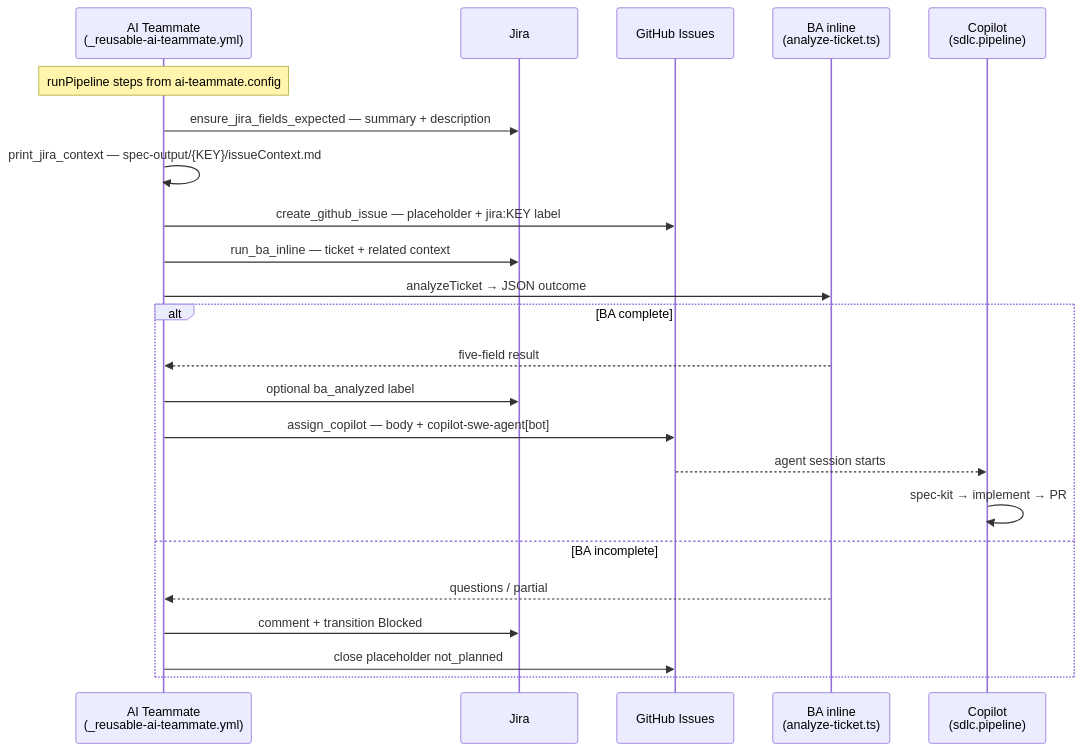
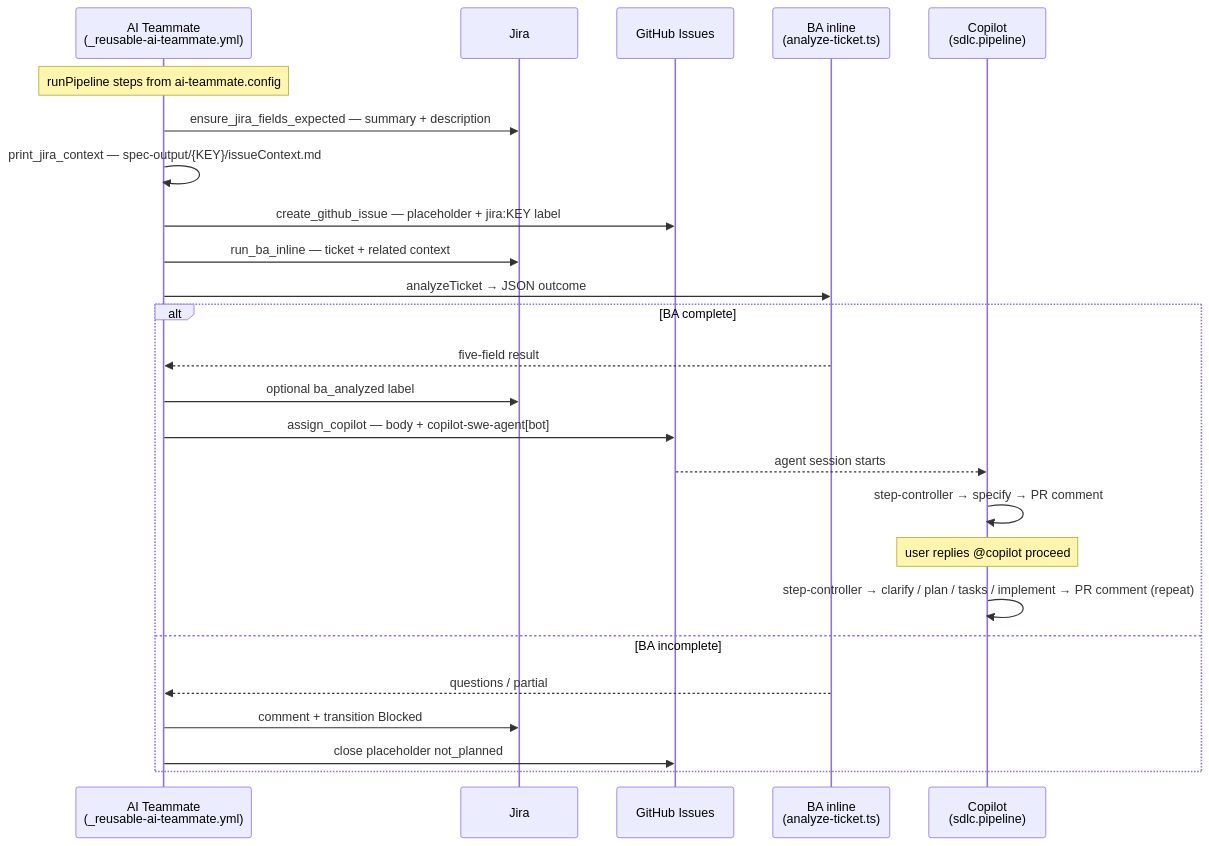
One commit to DmitryLukyanov/SDLCAgents changed the first of 3 diagrams in README.md. Above: the diagram before and after it, drawn with Mermaid. The commit also changed other lines of this file and 1 other file, not shown here.

Commit message:
Update onboarding and README for step-by-step speckit flow
Add speckit.step-controller.agent.md (plus clarify and tasks) to the
onboarding verification checks. Mark human-in-the-loop as done in
README and update mermaid diagrams to reflect the new @copilot proceed
driven pipeline.

````diff
--- a/README.md
+++ b/README.md
@@ -71,27 +71,29 @@
 ```mermaid
 sequenceDiagram
     participant AT as AI Teammate<br/>(_reusable-ai-teammate.yml)
     participant J as Jira
     participant GH as GitHub Issues
     participant LLM as BA inline<br/>(analyze-ticket.ts)
     participant COP as Copilot<br/>(sdlc.pipeline)
 
     Note over AT: runPipeline steps from ai-teammate.config
 
     AT->>J: ensure_jira_fields_expected — summary + description
     AT->>AT: print_jira_context — spec-output/{KEY}/issueContext.md
     AT->>GH: create_github_issue — placeholder + jira:KEY label
     AT->>J: run_ba_inline — ticket + related context
     AT->>LLM: analyzeTicket → JSON outcome
     alt BA complete
         LLM-->>AT: five-field result
         AT->>J: optional ba_analyzed label
         AT->>GH: assign_copilot — body + copilot-swe-agent[bot]
         GH-->>COP: agent session starts
-        COP->>COP: spec-kit → implement → PR
+        COP->>COP: step-controller → specify → PR comment
+        Note over COP: user replies @copilot proceed
+        COP->>COP: step-controller → clarify / plan / tasks / implement → PR comment (repeat)
     else BA incomplete
         LLM-->>AT: questions / partial
         AT->>J: comment + transition Blocked
         AT->>GH: close placeholder not_planned
     end
 ```
````
